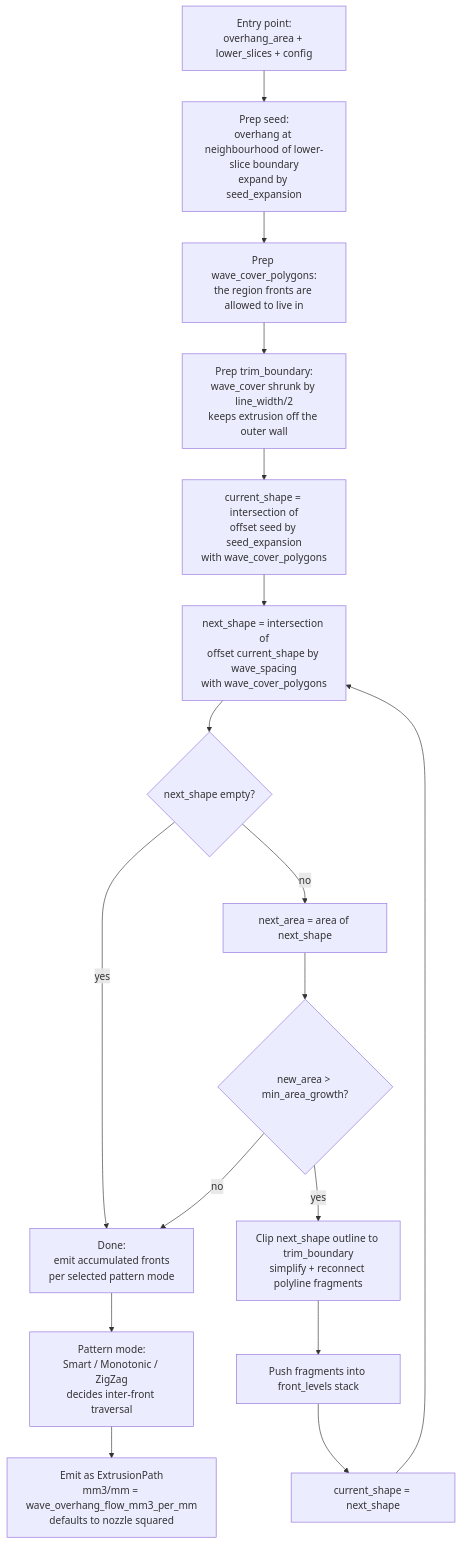
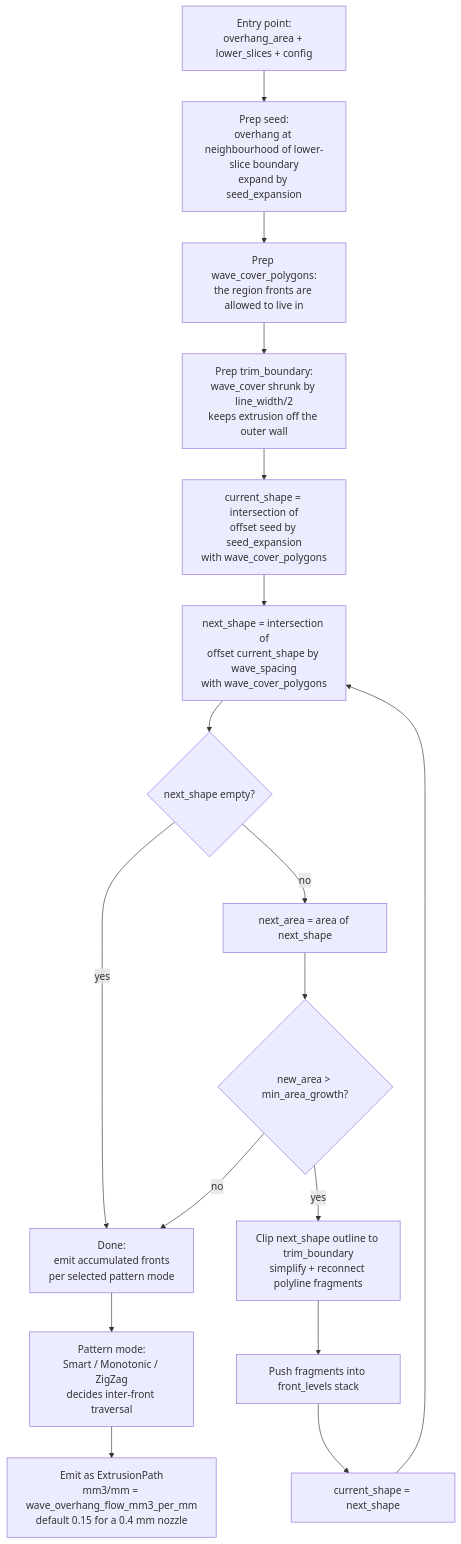
The diagram in docs/ALGORITHMS.md (dennisklappe/OrcaSlicer-WaveOverhangs), drawn with Mermaid before and after one commit. The commit also changed other lines of this file and 10 other files, not shown here.

````diff
--- a/docs/ALGORITHMS.md
+++ b/docs/ALGORITHMS.md
@@ -24,25 +24,25 @@
 ```mermaid
 flowchart TD
     A[Entry point:<br/>overhang_area + lower_slices + config]
     B[Prep seed:<br/>overhang at neighbourhood of lower-slice boundary<br/>expand by seed_expansion]
     C[Prep wave_cover_polygons:<br/>the region fronts are allowed to live in]
     D[Prep trim_boundary:<br/>wave_cover shrunk by line_width/2<br/>keeps extrusion off the outer wall]
     E[current_shape = intersection of<br/>offset seed by seed_expansion<br/>with wave_cover_polygons]
     F[next_shape = intersection of<br/>offset current_shape by wave_spacing<br/>with wave_cover_polygons]
     G{next_shape empty?}
     H[Done:<br/>emit accumulated fronts<br/>per selected pattern mode]
     I[next_area = area of next_shape]
     J{new_area > min_area_growth?}
     K[Clip next_shape outline to trim_boundary<br/>simplify + reconnect polyline fragments]
     L[Push fragments into front_levels stack]
     M[current_shape = next_shape]
     N[Pattern mode:<br/>Smart / Monotonic / ZigZag<br/>decides inter-front traversal]
-    O[Emit as ExtrusionPath<br/>mm3/mm = wave_overhang_flow_mm3_per_mm<br/>defaults to nozzle squared]
+    O[Emit as ExtrusionPath<br/>mm3/mm = wave_overhang_flow_mm3_per_mm<br/>default 0.15 for a 0.4 mm nozzle]
 
     A --> B --> C --> D --> E --> F --> G
     G -- yes --> H
     G -- no --> I --> J
     J -- no --> H
     J -- yes --> K --> L --> M --> F
     H --> N --> O
 ```
````
